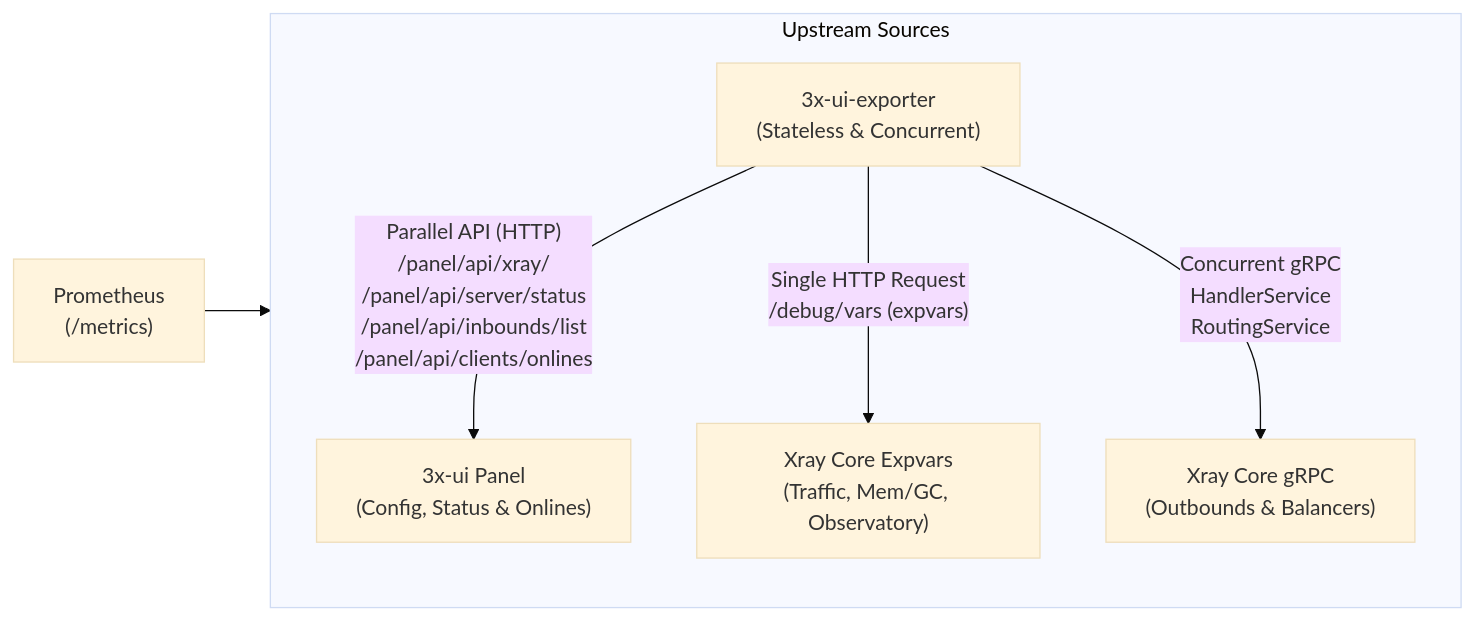
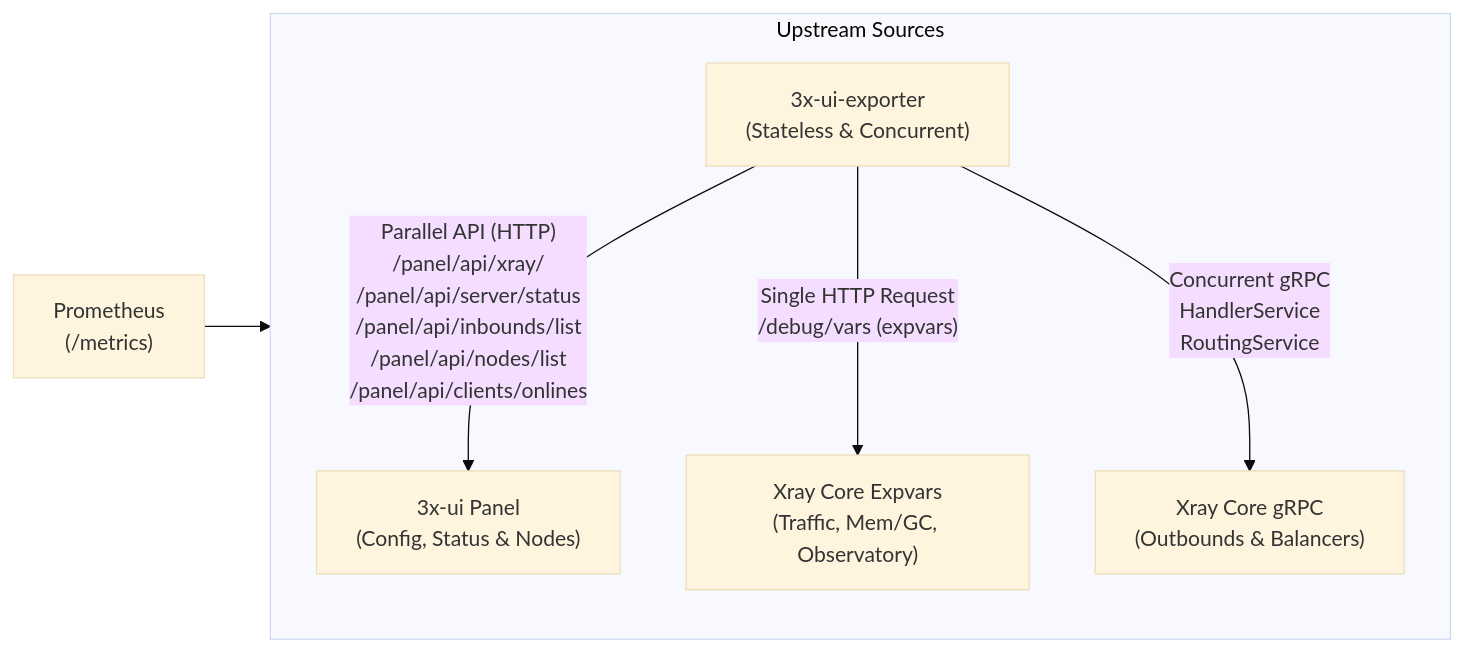
The diagram in README.md (nike38rus/3x-ui-exporter), drawn with Mermaid (base theme) before and after one commit. The commit also changed other lines of this file and 4 other files, not shown here.

````diff
--- a/README.md
+++ b/README.md
@@ -74,11 +74,11 @@
 ```mermaid
 flowchart LR
     Prom["Prometheus\n(/metrics)"] --> Exp["3x-ui-exporter\n(Stateless & Concurrent)"]
 
     subgraph "Upstream Sources"
         direction TB
-        Exp -->|"Parallel API (HTTP)\n/panel/api/xray/\n/panel/api/server/status\n/panel/api/inbounds/list\n/panel/api/clients/onlines"| Panel["3x-ui Panel\n(Config, Status & Onlines)"]
+        Exp -->|"Parallel API (HTTP)\n/panel/api/xray/\n/panel/api/server/status\n/panel/api/inbounds/list\n/panel/api/nodes/list\n/panel/api/clients/onlines"| Panel["3x-ui Panel\n(Config, Status & Nodes)"]
         Exp -->|"Single HTTP Request\n/debug/vars (expvars)"| Expvars["Xray Core Expvars\n(Traffic, Mem/GC, Observatory)"]
         Exp -->|"Concurrent gRPC\nHandlerService\nRoutingService"| Core["Xray Core gRPC\n(Outbounds & Balancers)"]
     end
 ```
````
